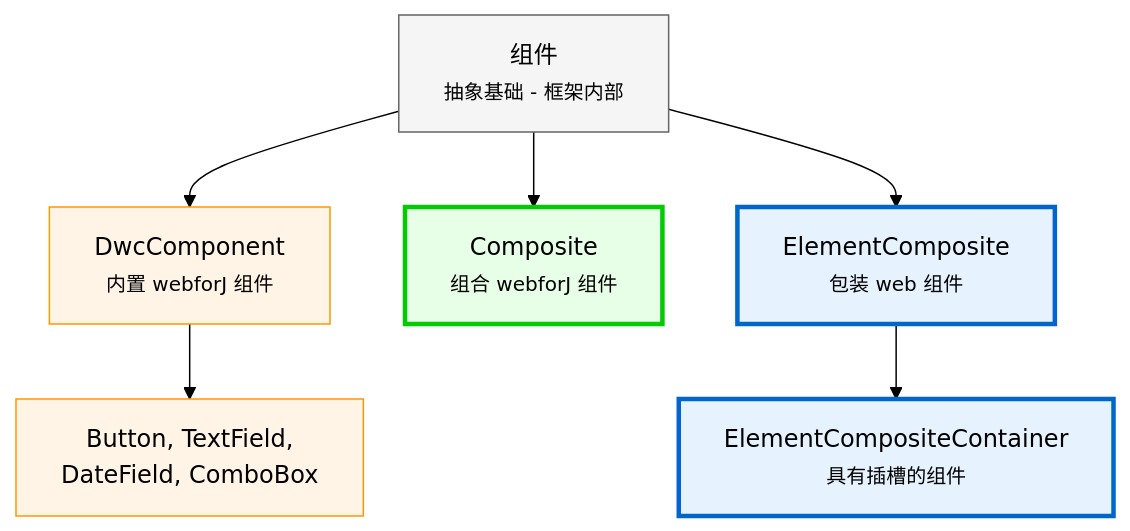
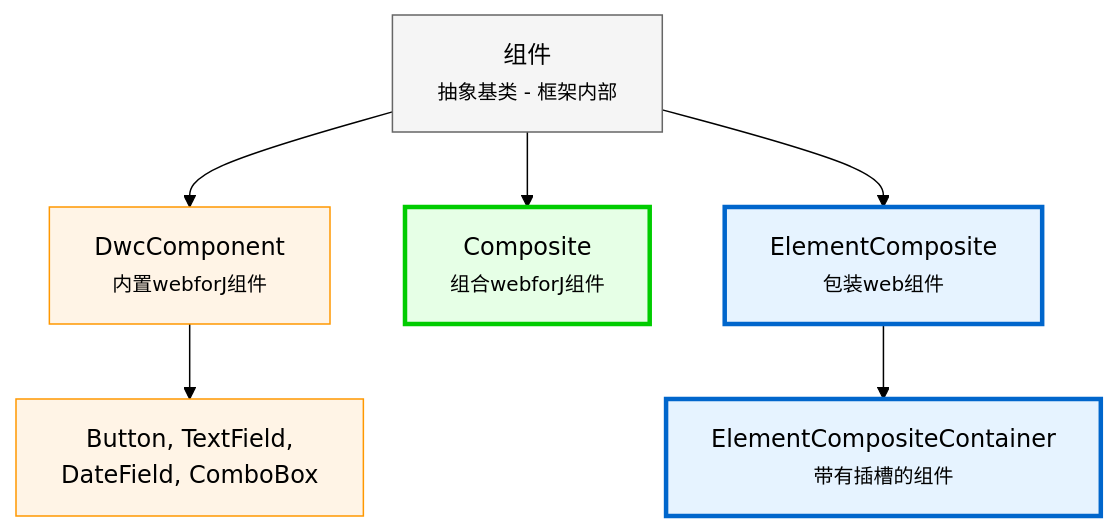
Before and after one commit to webforj/webforj-documentation: the diagram in docs/i18n/zh/docusaurus-plugin-content-docs/current/building-ui/component-fundamentals.md, drawn with Mermaid (forest theme). The commit also changed other lines of this file and 209 other files, not shown here.

Commit message:
fix: add code tags to messed up Finnish file element-composite.md - Copied the translated files from the translation build - Fixed the error in the Finnish file

````diff
--- a/docs/i18n/zh/docusaurus-plugin-content-docs/current/building-ui/component-fundamentals.md
+++ b/docs/i18n/zh/docusaurus-plugin-content-docs/current/building-ui/component-fundamentals.md
@@ -53,22 +52,22 @@
 ```mermaid
 graph TD
-    A[组件<br/><small>抽象基础 - 框架内部</small>]
+    A[组件<br/><small>抽象基类 - 框架内部</small>]
     
-    A --> B[DwcComponent<br/><small>内置 webforJ 组件</small>]
-    A --> C[Composite<br/><small>组合 webforJ 组件</small>]
-    A --> D[ElementComposite<br/><small>包装 web 组件</small>]
+    A --> B[DwcComponent<br/><small>内置webforJ组件</small>]
+    A --> C[Composite<br/><small>组合webforJ组件</small>]
+    A --> D[ElementComposite<br/><small>包装web组件</small>]
     
     B --> E[Button, TextField,<br/>DateField, ComboBox]
     
-    D --> F[ElementCompositeContainer<br/><small>具有插槽的组件</small>]
+    D --> F[ElementCompositeContainer<br/><small>带有插槽的组件</small>]
     
     style A fill:#f5f5f5,stroke:#666
     style B fill:#fff4e6,stroke:#ff9800
     style C fill:#e6ffe6,stroke:#00cc00
     style D fill:#e6f3ff,stroke:#0066cc
     style E fill:#fff4e6,stroke:#ff9800
     style F fill:#e6f3ff,stroke:#0066cc
     
     classDef userClass stroke-width:3px
     class C,D,F userClass
 ```
````
